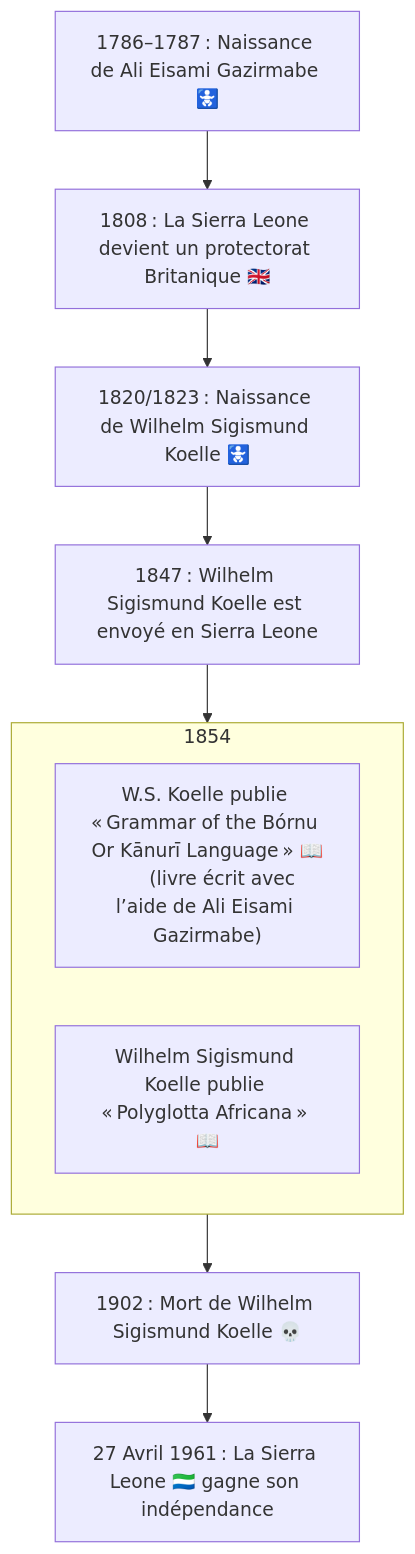
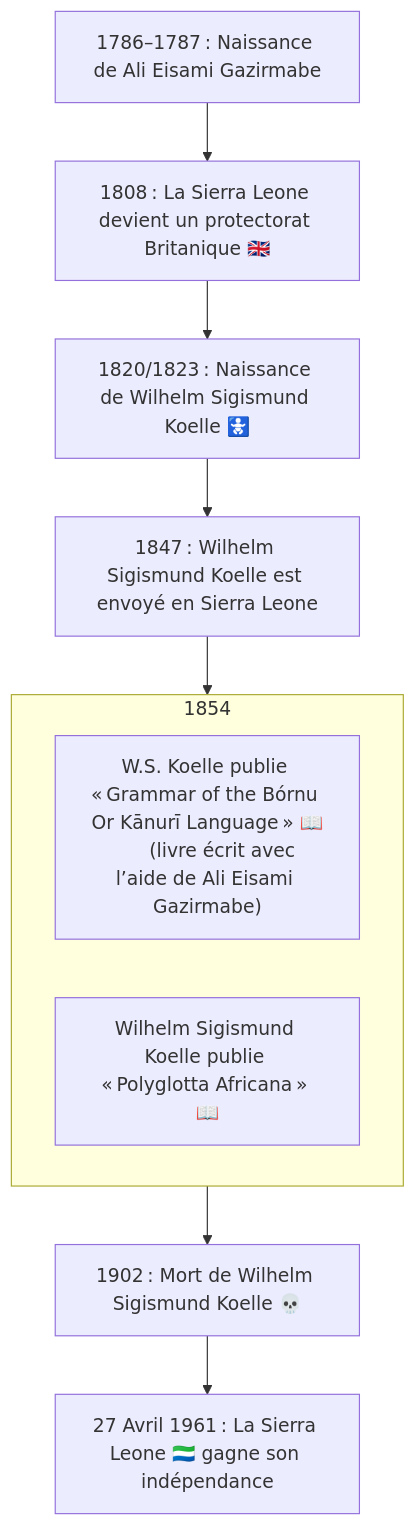
One commit to ba-moun/Ba-Moun-Save changed the diagram in en-cours/personnalite/homme/a-classer/wilhelm-sigismund-koelle.md. Above: the diagram before and after it, drawn with Mermaid. The commit also changed other lines of this file, not shown here.

Commit message:
docs: update en-cours/personnalite/homme/a-classer/wilhelm-sigismund-koelle

````diff
--- a/en-cours/personnalite/homme/a-classer/wilhelm-sigismund-koelle.md
+++ b/en-cours/personnalite/homme/a-classer/wilhelm-sigismund-koelle.md
@@ -26,24 +26,24 @@
 ```mermaid
 flowchart TB
 
-   aliEisamiGazirmabeBirth["1786–1787 : Naissance de Ali Eisami Gazirmabe 🚼"]
+   aliEisamiGazirmabeBirth["1786–1787 : Naissance de Ali Eisami Gazirmabe"]
    
    sierraLeoneProtectorate["1808 : La Sierra Leone devient un protectorat Britanique 🇬🇧"]
    
    birth["1820/1823 : Naissance de Wilhelm Sigismund Koelle 🚼"]
    
    mission["1847 : Wilhelm Sigismund Koelle est envoyé en Sierra Leone"]
    
    subgraph 1854
       kanuriBook["W.S. Koelle publie « Grammar of the Bórnu Or Kānurī Language » 📖
       (livre écrit avec l’aide de Ali Eisami Gazirmabe)"]
       majorStudy["Wilhelm Sigismund Koelle publie « Polyglotta Africana » 📖"]
    end
    
    death["1902 : Mort de Wilhelm Sigismund Koelle 💀"]
    
    sierraLeoneIndependance["27 Avril 1961 : La Sierra Leone 🇸🇱 gagne son indépendance"]
    
    aliEisamiGazirmabeBirth --> sierraLeoneProtectorate --> birth --> mission --> 1854 --> death --> sierraLeoneIndependance
    
 ```
````
